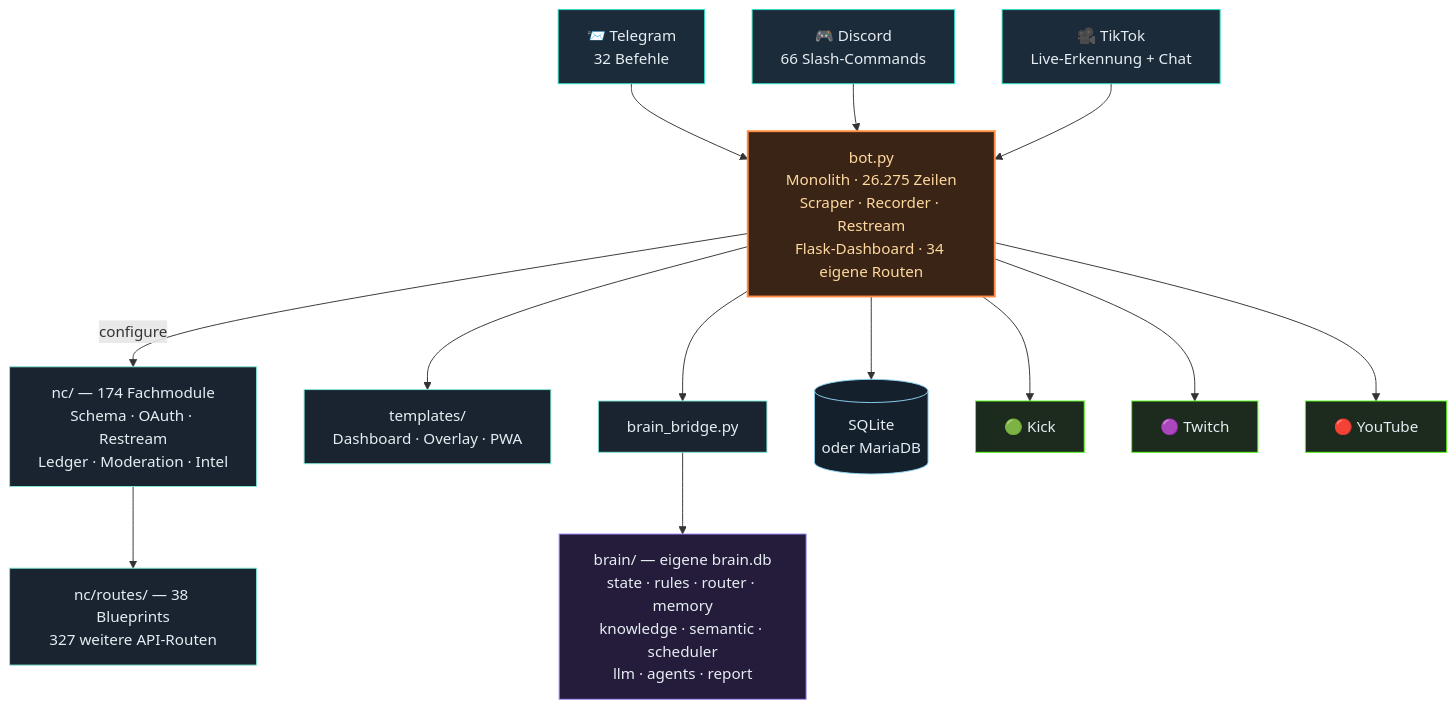
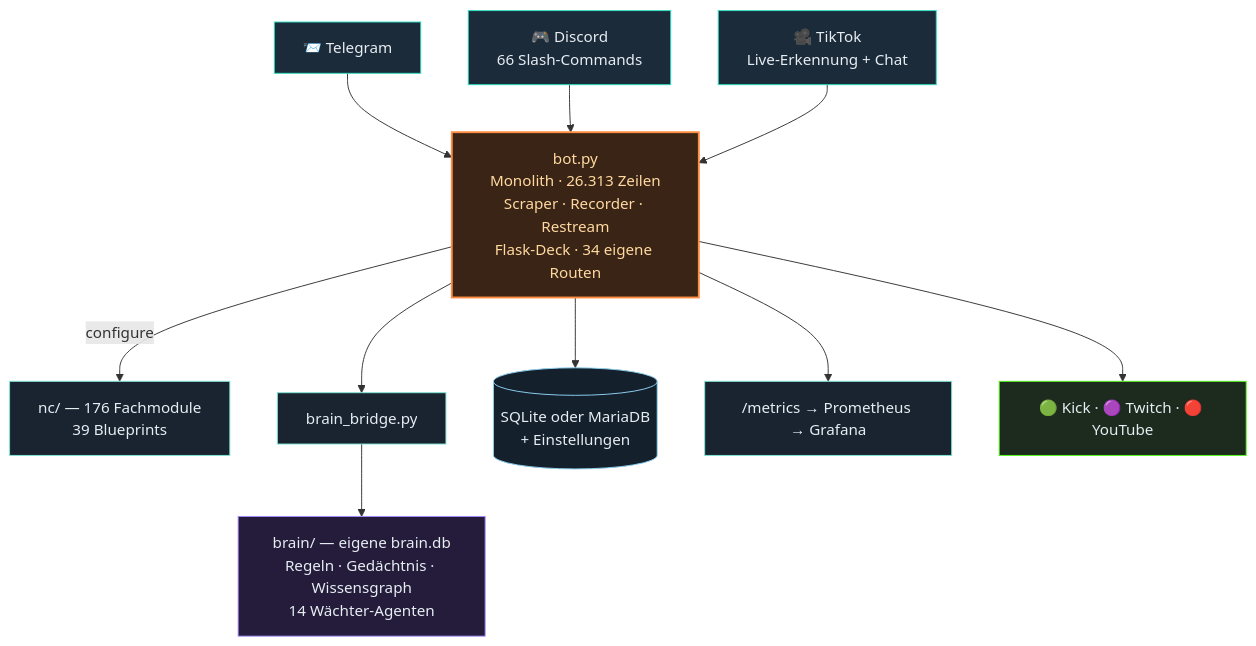
Before and after one commit to itsamemedev/Telegram-Stream-Info-Bot: the second of 3 diagrams in README.md, drawn with Mermaid. The commit also changed other lines of this file and 25 other files, not shown here.

````diff
--- a/README.md
+++ b/README.md
@@ -212,30 +118,19 @@
 ```mermaid
 flowchart TB
-    TG["📨 Telegram<br/>32 Befehle"]:::ein
-    DC["🎮 Discord<br/>66 Slash-Commands"]:::ein
-    TT["🎥 TikTok<br/>Live-Erkennung + Chat"]:::ein
-
-    TG --> BOT
-    DC --> BOT
-    TT --> BOT
-
-    BOT["bot.py<br/>Monolith · 26.275 Zeilen<br/>Scraper · Recorder · Restream<br/>Flask-Dashboard · 34 eigene Routen"]:::core
-
-    BOT -->|configure| NC["nc/ — 174 Fachmodule<br/>Schema · OAuth · Restream<br/>Ledger · Moderation · Intel"]:::lib
-    NC --> RT["nc/routes/ — 38 Blueprints<br/>327 weitere API-Routen"]:::lib
-    BOT --> TPL["templates/<br/>Dashboard · Overlay · PWA"]:::lib
+    TG["📨 Telegram"]:::ein --> BOT
+    DC["🎮 Discord<br/>66 Slash-Commands"]:::ein --> BOT
+    TT["🎥 TikTok<br/>Live-Erkennung + Chat"]:::ein --> BOT
+    BOT["bot.py<br/>Monolith · 26.313 Zeilen<br/>Scraper · Recorder · Restream<br/>Flask-Deck · 34 eigene Routen"]:::core
+    BOT -->|configure| NC["nc/ — 176 Fachmodule<br/>39 Blueprints"]:::lib
     BOT --> BR["brain_bridge.py"]:::lib
-    BR --> BRAIN["brain/ — eigene brain.db<br/>state · rules · router · memory<br/>knowledge · semantic · scheduler<br/>llm · agents · report"]:::brain
-    BOT --> DB[("SQLite<br/>oder MariaDB")]:::db
-
-    BOT --> KICK["🟢 Kick"]:::out
-    BOT --> TW["🟣 Twitch"]:::out
-    BOT --> YT["🔴 YouTube"]:::out
-
+    BR --> BRAIN["brain/ — eigene brain.db<br/>Regeln · Gedächtnis · Wissensgraph<br/>14 Wächter-Agenten"]:::brain
+    BOT --> DB[("SQLite oder MariaDB<br/>+ Einstellungen")]:::db
+    BOT --> PROM["/metrics → Prometheus → Grafana"]:::lib
+    BOT --> OUT["🟢 Kick · 🟣 Twitch · 🔴 YouTube"]:::out
     classDef ein fill:#1c2b3a,stroke:#2de1c2,color:#e6edf3
     classDef core fill:#3a2415,stroke:#ff8c42,stroke-width:2px,color:#ffd9a0
     classDef lib fill:#1a2430,stroke:#7fe7d4,color:#e6edf3
     classDef brain fill:#241c3a,stroke:#a78bfa,color:#e6edf3
     classDef db fill:#14202c,stroke:#8fd3f4,color:#e6edf3
     classDef out fill:#1c2b1e,stroke:#53fc18,color:#e6edf3
 ```
````
